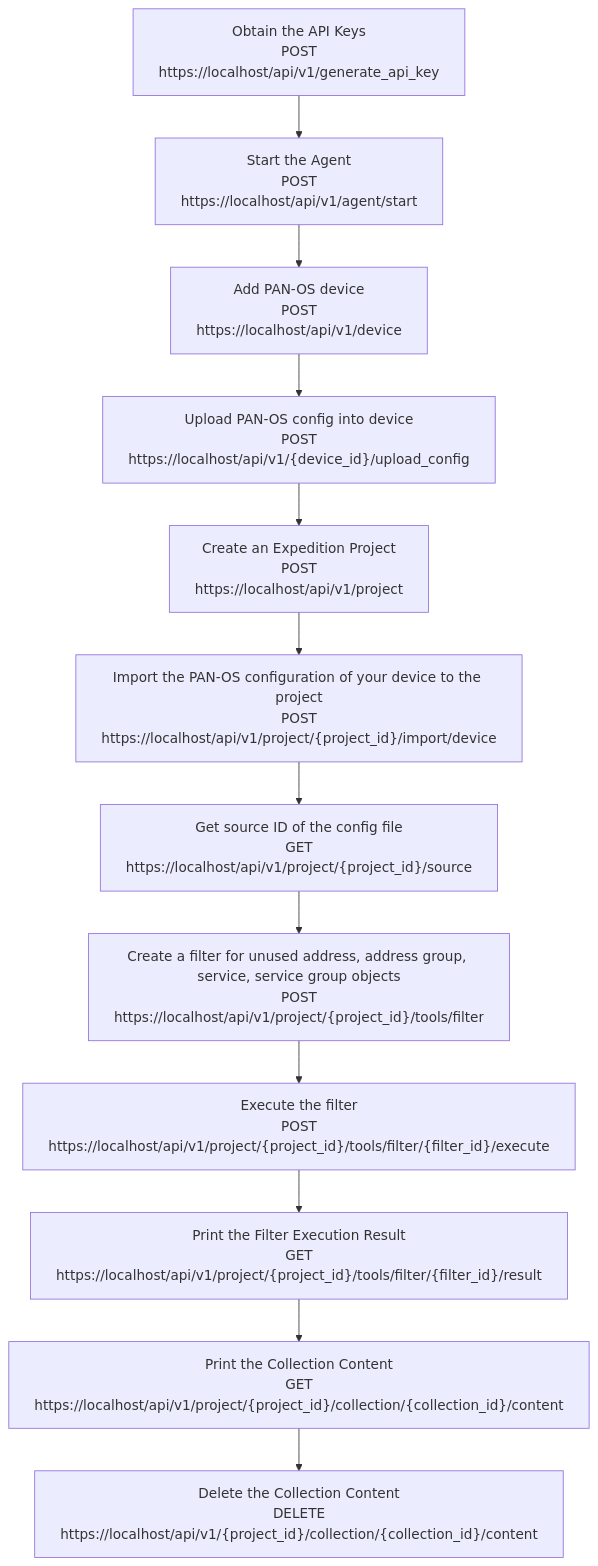
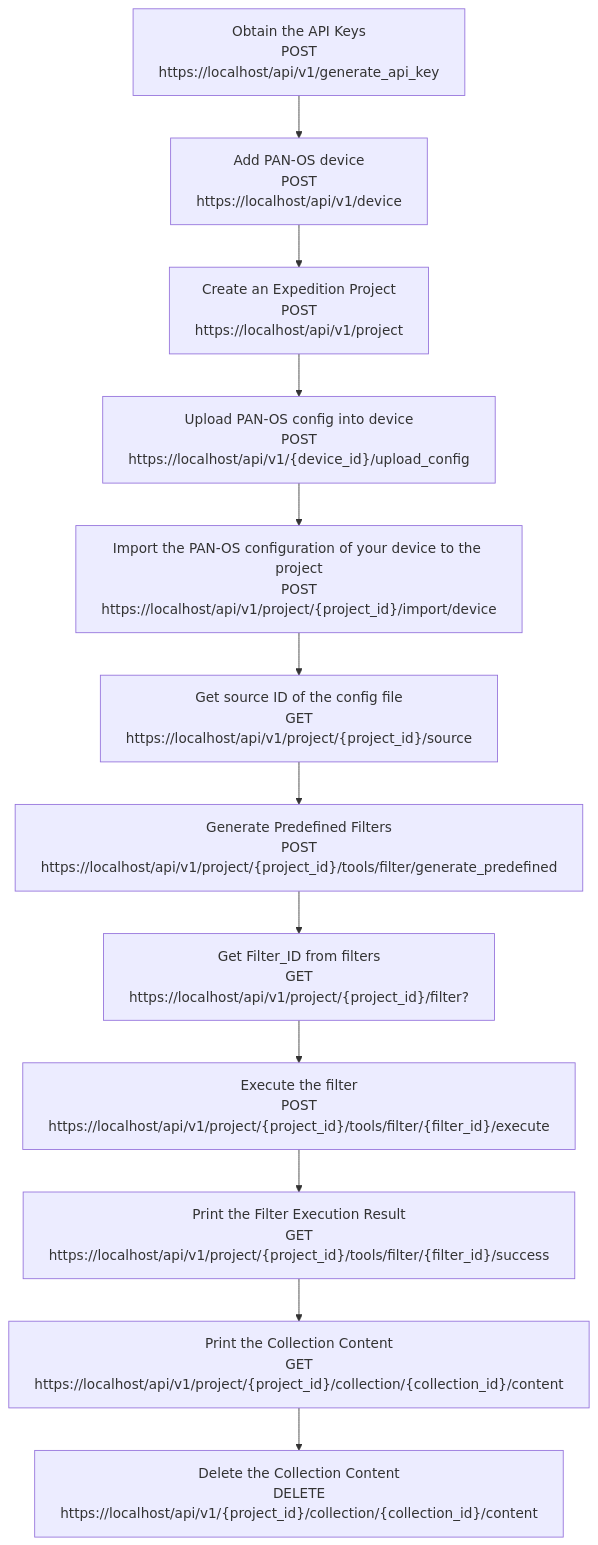
The diagram in products/expedition/docs/expedition_workflow_removeunusedobject.md (PaloAltoNetworks/pan.dev), drawn with Mermaid before and after one commit. The commit also changed other lines of this file and 5 other files, not shown here.

````diff
--- a/products/expedition/docs/expedition_workflow_removeunusedobject.md
+++ b/products/expedition/docs/expedition_workflow_removeunusedobject.md
@@ -36,14 +36,14 @@
 ```mermaid
 flowchart TB
-A[Obtain the API Keys<br/> POST https://localhost/api/v1/generate_api_key ] --> B[Start the Agent<br/> POST https://localhost/api/v1/agent/start]
-B[Start the Agent<br/> POST https://localhost/api/v1/agent/start]  --> C[Add PAN-OS device<br/> POST https://localhost/api/v1/device]
-C[Add PAN-OS device<br/> POST https://localhost/api/v1/device]  --> D["Upload PAN-OS config into device<br/> POST https://localhost/api/v1/{device_id}/upload_config"]
-D["Upload PAN-OS config into device<br/> POST https://localhost/api/v1/{device_id}/upload_config" ]--> E[Create an Expedition Project<br/> POST https://localhost/api/v1/project]
-E[Create an Expedition Project<br/> POST https://localhost/api/v1/project] --> F["Import the PAN-OS configuration of your device to the project<br/> POST https://localhost/api/v1/project/{project_id}/import/device"]
+A[Obtain the API Keys<br/> POST https://localhost/api/v1/generate_api_key ] --> C[Add PAN-OS device<br/> POST https://localhost/api/v1/device]
+C[Add PAN-OS device<br/> POST https://localhost/api/v1/device]  --> D[Create an Expedition Project<br/> POST https://localhost/api/v1/project]
+D[Create an Expedition Project<br/> POST https://localhost/api/v1/project]--> E["Upload PAN-OS config into device<br/> POST https://localhost/api/v1/{device_id}/upload_config"]
+E["Upload PAN-OS config into device<br/> POST https://localhost/api/v1/{device_id}/upload_config" ]--> F["Import the PAN-OS configuration of your device to the project<br/> POST https://localhost/api/v1/project/{project_id}/import/device"]
 F["Import the PAN-OS configuration of your device to the project<br/> POST https://localhost/api/v1/project/{project_id}/import/device"] --> G["Get source ID of the config file<br/> GET https://localhost/api/v1/project/{project_id}/source"]
-G["Get source ID of the config file<br/> GET https://localhost/api/v1/project/{project_id}/source"]-->H["Create a filter for unused address, address group, service, service group objects<br/> POST https://localhost/api/v1/project/{project_id}/tools/filter"]
-H["Create a filter for unused address, address group, service, service group objects<br/> POST https://localhost/api/v1/project/{project_id}/tools/filter"] --> I["Execute the filter<br/> POST https://localhost/api/v1/project/{project_id}/tools/filter/{filter_id}/execute"]
-I["Execute the filter<br/> POST https://localhost/api/v1/project/{project_id}/tools/filter/{filter_id}/execute"] --> J["Print the Filter Execution Result<br/> GET https://localhost/api/v1/project/{project_id}/tools/filter/{filter_id}/result"]
-J["Print the Filter Execution Result<br/> GET https://localhost/api/v1/project/{project_id}/tools/filter/{filter_id}/result"] --> K["Print the Collection Content<br/> GET https://localhost/api/v1/project/{project_id}/collection/{collection_id}/content"]
-K["Print the Collection Content<br/> GET https://localhost/api/v1/project/{project_id}/collection/{collection_id}/content"] --> L["Delete the Collection Content<br/> DELETE https://localhost/api/v1/{project_id}/collection/{collection_id}/content"]
-```
+G["Get source ID of the config file<br/> GET https://localhost/api/v1/project/{project_id}/source"]-->H["Generate Predefined Filters<br/> POST https://localhost/api/v1/project/{project_id}/tools/filter/generate_predefined"]
+H["Generate Predefined Filters<br/> POST https://localhost/api/v1/project/{project_id}/tools/filter/generate_predefined"] -->I["Get Filter_ID from filters<br/> GET https://localhost/api/v1/project/{project_id}/filter?"]
+I["Get Filter_ID from filters<br/> GET https://localhost/api/v1/project/{project_id}/filter?"]-->J["Execute the filter<br/> POST https://localhost/api/v1/project/{project_id}/tools/filter/{filter_id}/execute"]
+J["Execute the filter<br/> POST https://localhost/api/v1/project/{project_id}/tools/filter/{filter_id}/execute"] --> K["Print the Filter Execution Result<br/> GET https://localhost/api/v1/project/{project_id}/tools/filter/{filter_id}/success"]
+K["Print the Filter Execution Result<br/> GET https://localhost/api/v1/project/{project_id}/tools/filter/{filter_id}/success"] --> L["Print the Collection Content<br/> GET https://localhost/api/v1/project/{project_id}/collection/{collection_id}/content"]
+L["Print the Collection Content<br/> GET https://localhost/api/v1/project/{project_id}/collection/{collection_id}/content"] --> M["Delete the Collection Content<br/> DELETE https://localhost/api/v1/{project_id}/collection/{collection_id}/content"]
+```  
````
